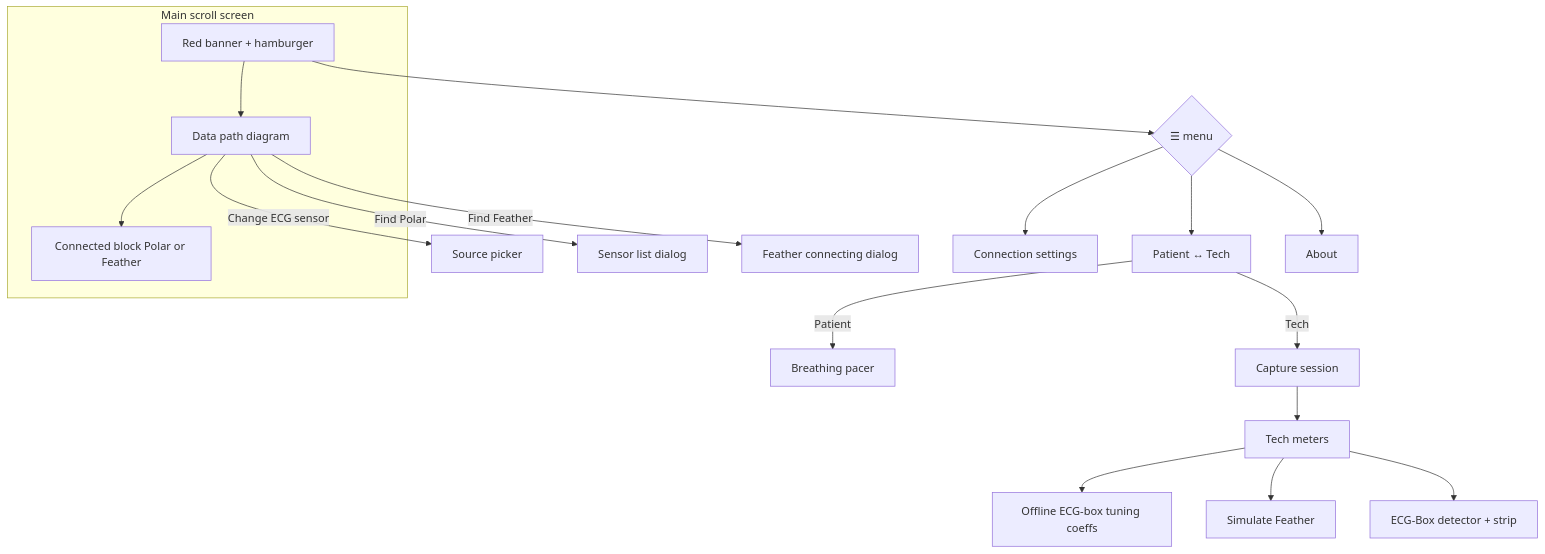
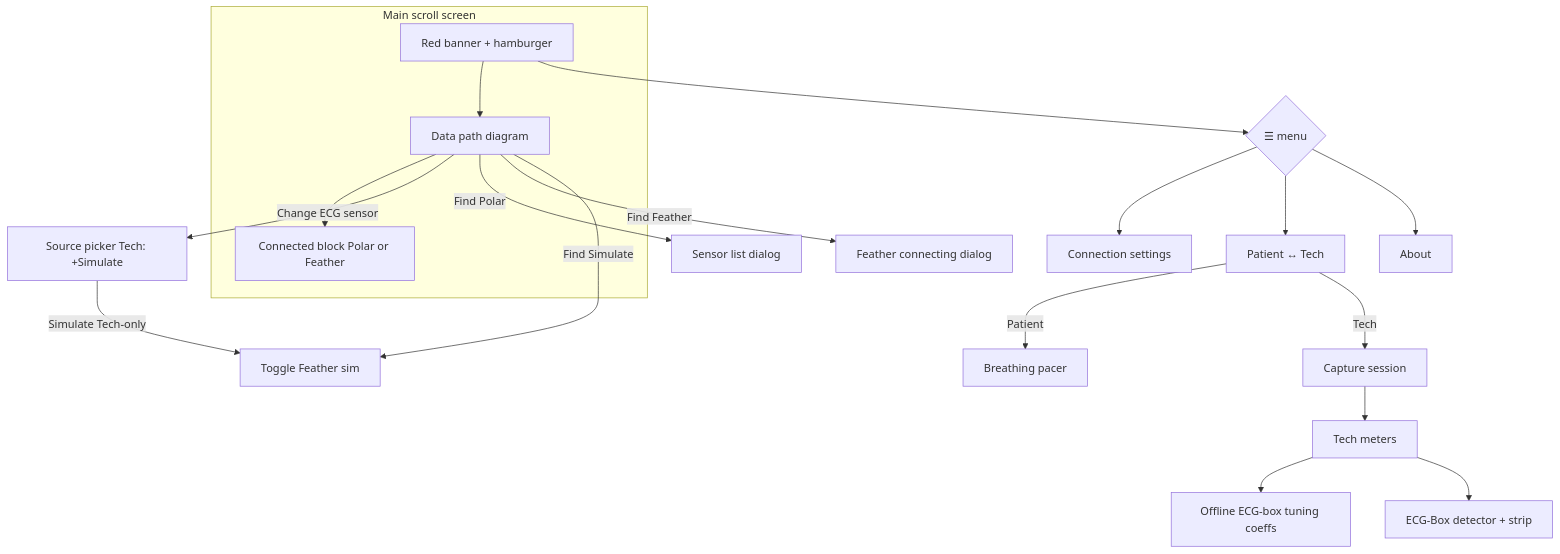
Before and after one commit to JoelAtHome/ECG-Phone-Bridge: the diagram in docs/UI_LAYOUT_MAP.md, drawn with Mermaid. The commit also changed other lines of this file and 10 other files, not shown here.

Commit message:
Release 1.0.0-beta.52: Tech Simulate in source picker and connected-pill colors.

````diff
--- a/docs/UI_LAYOUT_MAP.md
+++ b/docs/UI_LAYOUT_MAP.md
@@ -180,26 +182,27 @@
 ```mermaid
 flowchart TB
   subgraph main [Main scroll screen]
     Banner[Red banner + hamburger]
     Flow[Data path diagram]
     SrcBlk[Connected block Polar or Feather]
     Banner --> Flow --> SrcBlk
   end
 
   Menu{☰ menu}
   Banner --> Menu
   Menu --> Conn[Connection settings]
   Menu --> Toggle[Patient ↔ Tech]
   Menu --> About[About]
 
-  Flow -->|Change ECG sensor| KindDlg[Source picker]
+  Flow -->|Change ECG sensor| KindDlg[Source picker Tech: +Simulate]
   Flow -->|Find Polar| SensorDlg[Sensor list dialog]
   Flow -->|Find Feather| FeatherDlg[Feather connecting dialog]
+  Flow -->|Find Simulate| SimPath[Toggle Feather sim]
 
   Toggle -->|Patient| Pacer[Breathing pacer]
   Toggle -->|Tech| Cap[Capture session]
   Cap --> Tech[Tech meters]
   Tech --> Prof[Offline ECG-box tuning coeffs]
-  Tech --> Sim[Simulate Feather]
   Tech --> Fble[ECG-Box detector + strip]
+  KindDlg -->|Simulate Tech-only| SimPath
 ```
````
